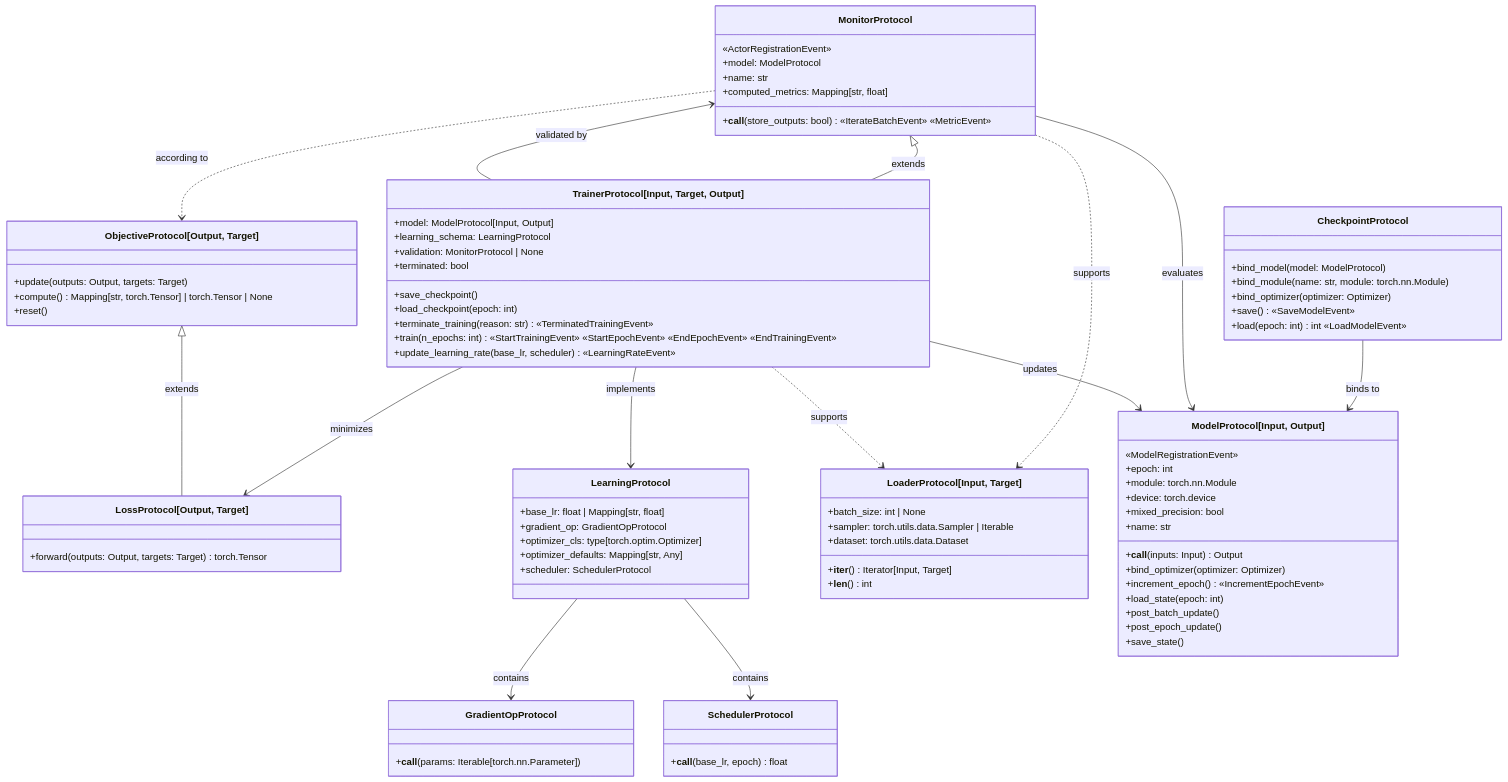
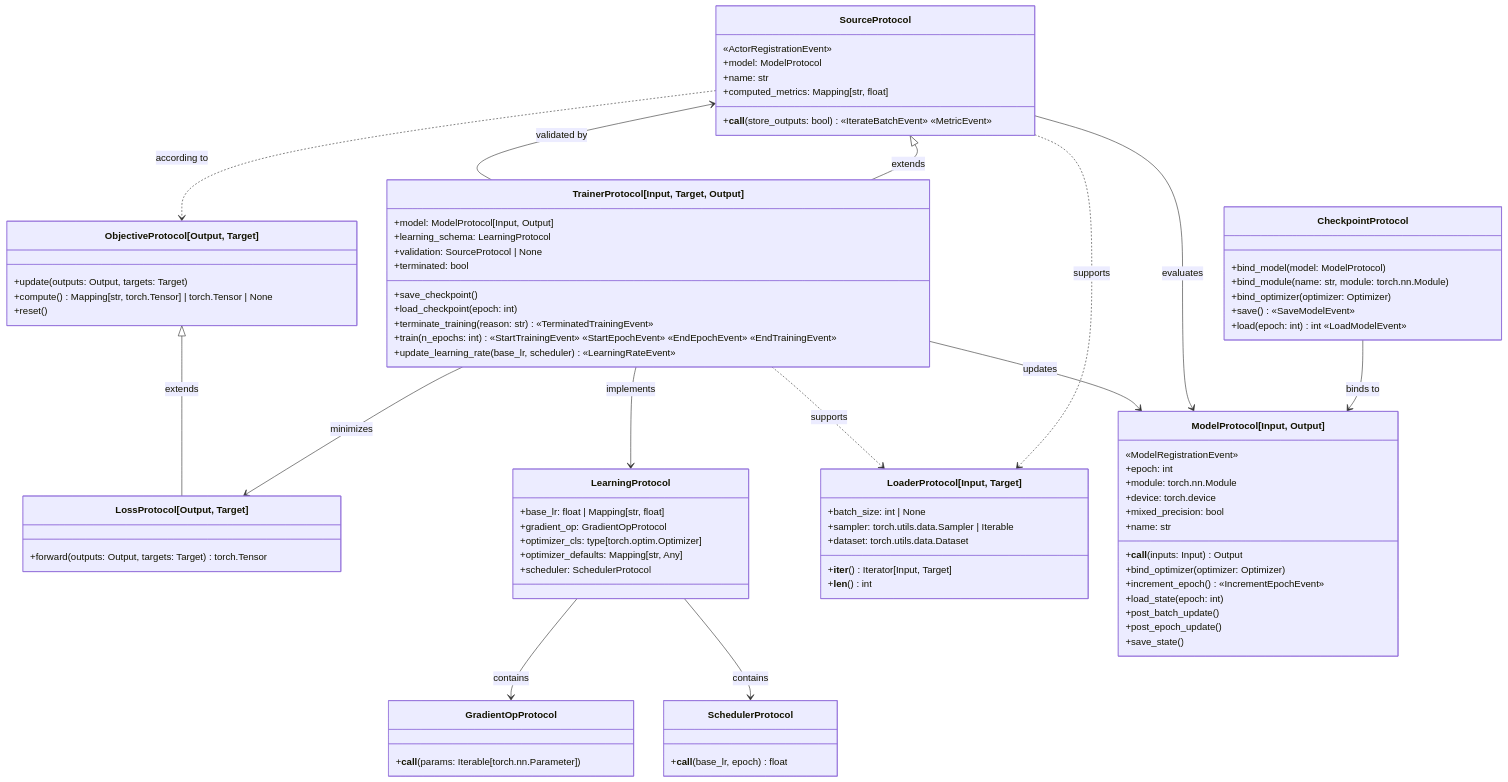
One commit to nverchev/drytorch changed the diagram in docs/architecture.md. Above: the diagram before and after it, drawn with Mermaid. The commit also changed 14 other files, not shown here.

Commit message:
refactor: merge the runner levels that compute and publish metrics into Source and rename the monitor protocols after the source of the events

````diff
--- a/docs/architecture.md
+++ b/docs/architecture.md
@@ -92,7 +92,7 @@
     }
 
 
-    class MonitorProtocol {
+    class SourceProtocol {
         «ActorRegistrationEvent»
         +model: ModelProtocol
         +name: str
@@ -103,7 +103,7 @@
     class TrainerProtocol["TrainerProtocol[Input, Target, Output]"] {
         +model: ModelProtocol[Input, Output]
         +learning_schema: LearningProtocol
-        +validation: MonitorProtocol | None
+        +validation: SourceProtocol | None
         +terminated: bool
         +save_checkpoint()
         +load_checkpoint(epoch: int)
@@ -112,18 +112,18 @@
         +update_learning_rate(base_lr, scheduler) «LearningRateEvent»
     }
 
-    MonitorProtocol ..> LoaderProtocol : supports
+    SourceProtocol ..> LoaderProtocol : supports
     TrainerProtocol ..> LoaderProtocol : supports
     LearningProtocol --> GradientOpProtocol : contains
     LearningProtocol --> SchedulerProtocol : contains
     CheckpointProtocol --> ModelProtocol : binds to
-    MonitorProtocol --> ModelProtocol : evaluates
-    MonitorProtocol ..> ObjectiveProtocol : according to
+    SourceProtocol --> ModelProtocol : evaluates
+    SourceProtocol ..> ObjectiveProtocol : according to
     TrainerProtocol --> LearningProtocol :  implements
     TrainerProtocol --> LossProtocol : minimizes
     TrainerProtocol --> ModelProtocol : updates
-    TrainerProtocol --> MonitorProtocol : validated by
-    MonitorProtocol <|-- TrainerProtocol : extends
+    TrainerProtocol --> SourceProtocol : validated by
+    SourceProtocol <|-- TrainerProtocol : extends
     ObjectiveProtocol <|-- LossProtocol : extends
 
 ```
````
